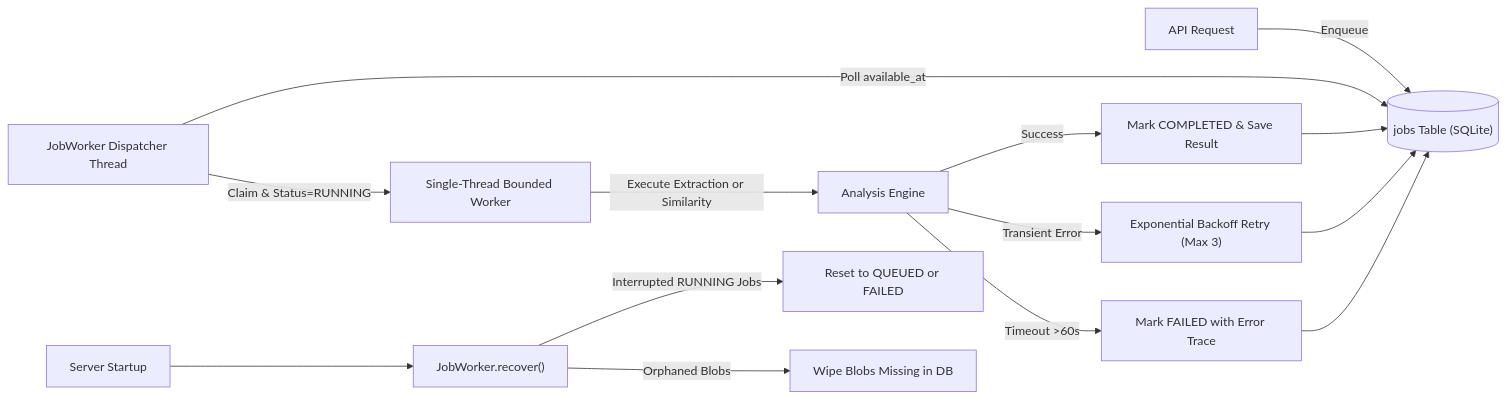
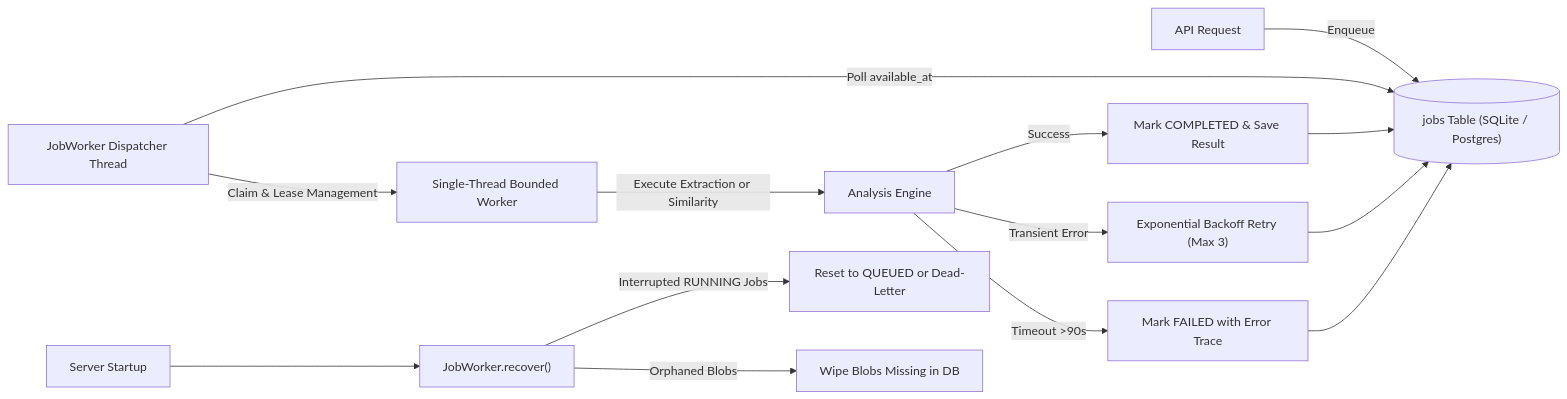
One commit to SadeeshaJayaweera/originality-desk changed the sixth of 6 diagrams in README.md. Above: the diagram before and after it, drawn with Mermaid. The commit also changed other lines of this file, not shown here.

````diff
--- a/README.md
+++ b/README.md
@@ -319,17 +333,17 @@
 ```mermaid
 flowchart LR
-    API["API Request"] -->|Enqueue| JobsTable[("jobs Table (SQLite)")]
+    API["API Request"] -->|Enqueue| JobsTable[("jobs Table (SQLite / Postgres)")]
     Dispatcher["JobWorker Dispatcher Thread"] -->|Poll available_at| JobsTable
-    Dispatcher -->|Claim & Status=RUNNING| Computation["Single-Thread Bounded Worker"]
+    Dispatcher -->|Claim & Lease Management| Computation["Single-Thread Bounded Worker"]
     Computation -->|Execute Extraction or Similarity| CoreEngine["Analysis Engine"]
     CoreEngine -->|Success| CommitSuccess["Mark COMPLETED & Save Result"]
     CoreEngine -->|Transient Error| Backoff["Exponential Backoff Retry (Max 3)"]
-    CoreEngine -->|Timeout >60s| CommitFail["Mark FAILED with Error Trace"]
+    CoreEngine -->|Timeout >90s| CommitFail["Mark FAILED with Error Trace"]
     CommitSuccess --> JobsTable
     Backoff --> JobsTable
     CommitFail --> JobsTable
 
     Startup["Server Startup"] --> Recovery["JobWorker.recover()"]
-    Recovery -->|Interrupted RUNNING Jobs| Reset["Reset to QUEUED or FAILED"]
+    Recovery -->|Interrupted RUNNING Jobs| Reset["Reset to QUEUED or Dead-Letter"]
     Recovery -->|Orphaned Blobs| Prune["Wipe Blobs Missing in DB"]
 ```
````
